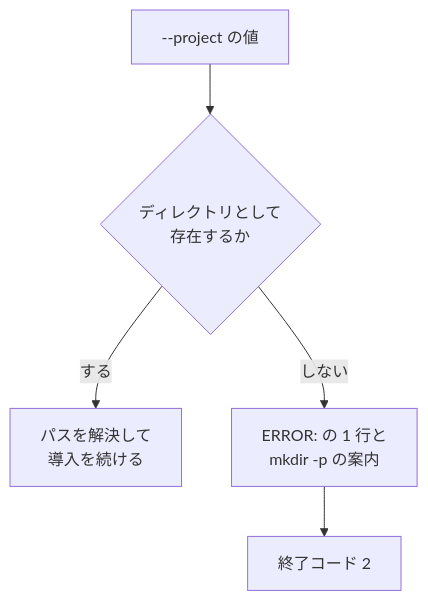
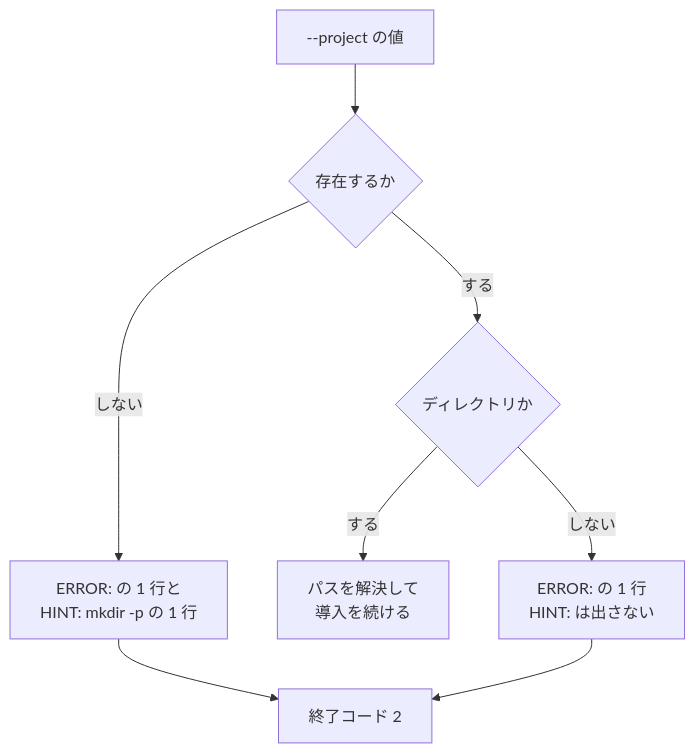
One commit to devbasex/ai-plugins changed the diagram in issues/issue-415-design.md. Above: the diagram before and after it, drawn with Mermaid. The commit also changed other lines of this file and 1 other file, not shown here.

````diff
--- a/issues/issue-415-design.md
+++ b/issues/issue-415-design.md
@@ -18,7 +18,10 @@
 ```mermaid
 graph TD
-    A["--project の値"] --> B{ディレクトリとして<br/>存在するか}
-    B -->|する| C[パスを解決して<br/>導入を続ける]
-    B -->|しない| D["ERROR: の 1 行と<br/>mkdir -p の案内"]
-    D --> E[終了コード 2]
+    A["--project の値"] --> B{存在するか}
+    B -->|しない| C["ERROR: の 1 行と<br/>HINT: mkdir -p の 1 行"]
+    B -->|する| D{ディレクトリか}
+    D -->|する| E[パスを解決して<br/>導入を続ける]
+    D -->|しない| F["ERROR: の 1 行<br/>HINT: は出さない"]
+    C --> G[終了コード 2]
+    F --> G
 ```
````
